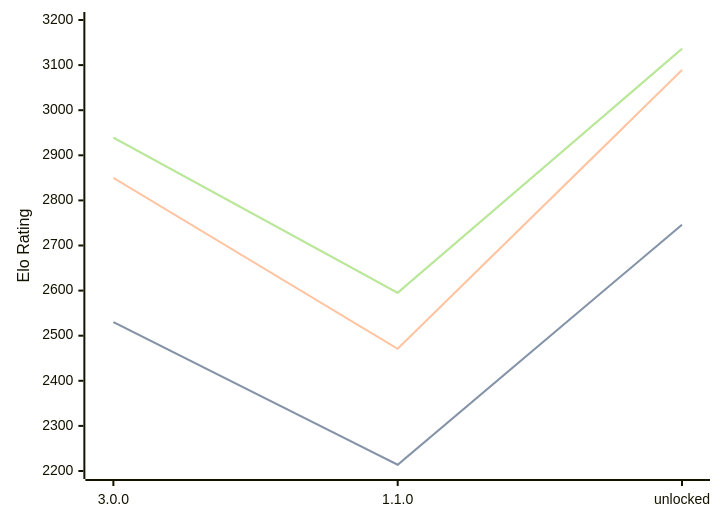
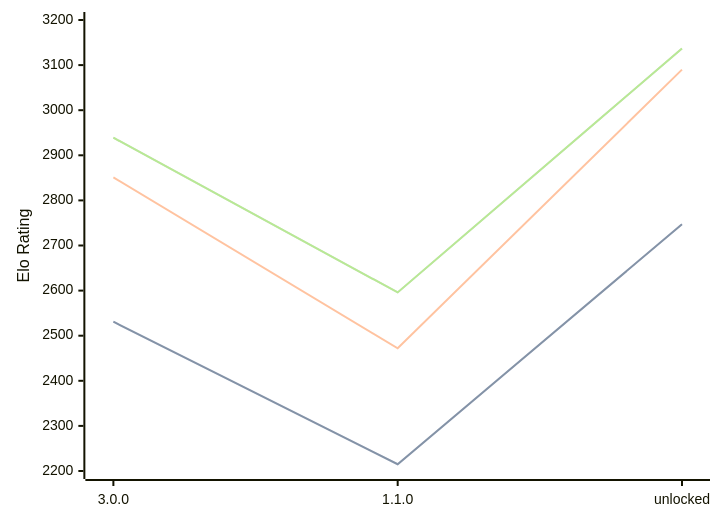
The diagram in engines/Potential.md (computer-chess-index/cci), drawn with Mermaid before and after one commit. The commit also changed other lines of this file, not shown here.

Commit message:
Update CCI Ratings (ELO VLTC) - 2026-08-21

````diff
--- a/engines/Potential.md
+++ b/engines/Potential.md
@@ -33,11 +33,11 @@
 ```mermaid
 %%{init: {"theme":"base","themeVariables":{"seriesColors:['#a3a3a3','#222221','#faa371']}}}%%
 xychart-beta
   x-axis ["3.0.0", "1.1.0", "unlocked"]
   y-axis "Elo Rating" 2200 --> 3200
-  line "STC (8.0+0.08s)" [2530, 2214, 2746]
-  line "STC (8.0+0.08s)" [2530, 2214, 2746]
-  line "LTC (60.0+0.60s)" [2850, 2471, 3089]
-  line "VLTC (2m24s+1.12s)" [2939, 2595, 3136]
-  line "VLTC (2m24s+1.12s)" [2939, 2595, 3136]
+  line "STC (8.0+0.08s)" [2531, 2215, 2747]
+  line "STC (8.0+0.08s)" [2531, 2215, 2747]
+  line "LTC (60.0+0.60s)" [2851, 2472, 3090]
+  line "VLTC (2m24s+1.12s)" [2939, 2596, 3137]
+  line "VLTC (2m24s+1.12s)" [2939, 2596, 3137]
 ```
````
